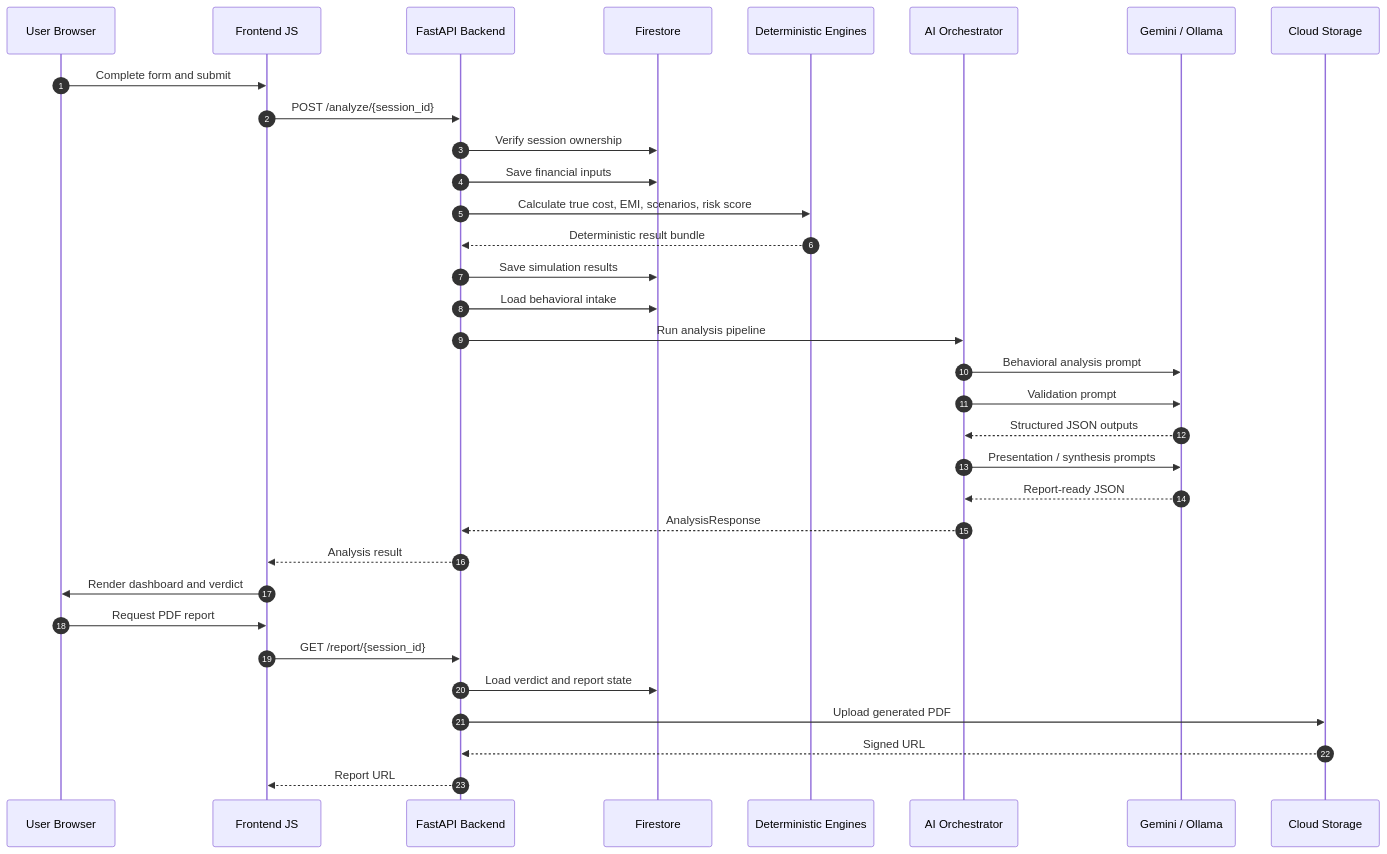
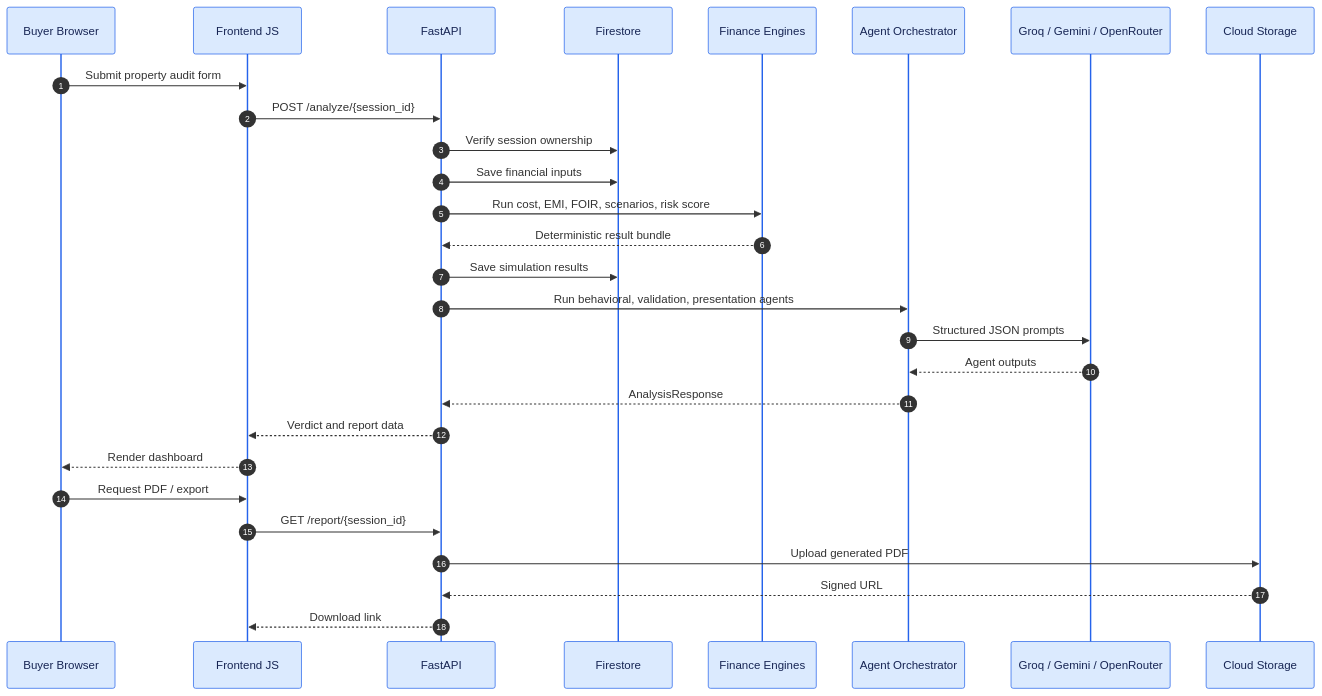
The sixth of 15 diagrams in README.md (HeetRanpura/NIV-AI), drawn with Mermaid before and after one commit. The commit also changed other lines of this file, not shown here.

Commit message:
Refine README diagrams and cost model

````diff
--- a/README.md
+++ b/README.md
@@ -409,36 +544,32 @@
 ```mermaid
+%%{init: {"theme":"base","themeVariables":{"actorBkg":"#dbeafe","actorBorder":"#2563eb","actorTextColor":"#172554","activationBkgColor":"#fef3c7","activationBorderColor":"#d97706","sequenceNumberColor":"#ffffff","lineColor":"#475569","fontFamily":"Inter, Arial"}}}%%
 sequenceDiagram
     autonumber
-    participant U as User Browser
+    participant U as Buyer Browser
     participant F as Frontend JS
-    participant API as FastAPI Backend
+    participant API as FastAPI
     participant DB as Firestore
-    participant Math as Deterministic Engines
-    participant AI as AI Orchestrator
-    participant Gemini as Gemini / Ollama
+    participant Math as Finance Engines
+    participant AI as Agent Orchestrator
+    participant LLM as Groq / Gemini / OpenRouter
     participant GCS as Cloud Storage
 
-    U->>F: Complete form and submit
+    U->>F: Submit property audit form
     F->>API: POST /analyze/{session_id}
     API->>DB: Verify session ownership
     API->>DB: Save financial inputs
-    API->>Math: Calculate true cost, EMI, scenarios, risk score
+    API->>Math: Run cost, EMI, FOIR, scenarios, risk score
     Math-->>API: Deterministic result bundle
     API->>DB: Save simulation results
-    API->>DB: Load behavioral intake
-    API->>AI: Run analysis pipeline
-    AI->>Gemini: Behavioral analysis prompt
-    AI->>Gemini: Validation prompt
-    Gemini-->>AI: Structured JSON outputs
-    AI->>Gemini: Presentation / synthesis prompts
-    Gemini-->>AI: Report-ready JSON
+    API->>AI: Run behavioral, validation, presentation agents
+    AI->>LLM: Structured JSON prompts
+    LLM-->>AI: Agent outputs
     AI-->>API: AnalysisResponse
-    API-->>F: Analysis result
-    F->>U: Render dashboard and verdict
-    U->>F: Request PDF report
+    API-->>F: Verdict and report data
+    F-->>U: Render dashboard
+    U->>F: Request PDF / export
     F->>API: GET /report/{session_id}
-    API->>DB: Load verdict and report state
     API->>GCS: Upload generated PDF
     GCS-->>API: Signed URL
-    API-->>F: Report URL
+    API-->>F: Download link
 ```
````
